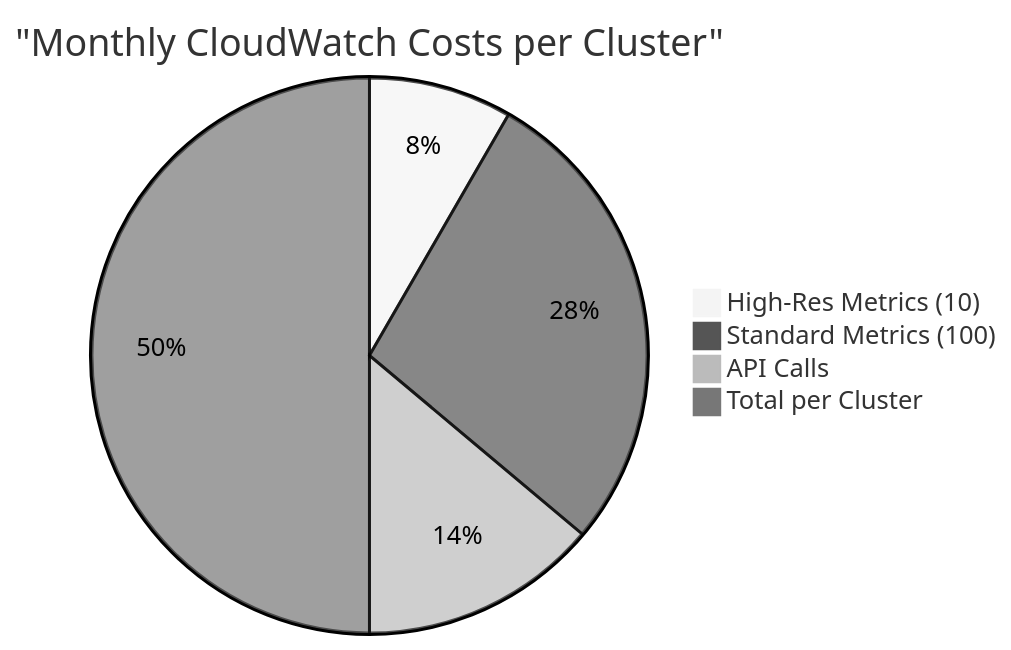
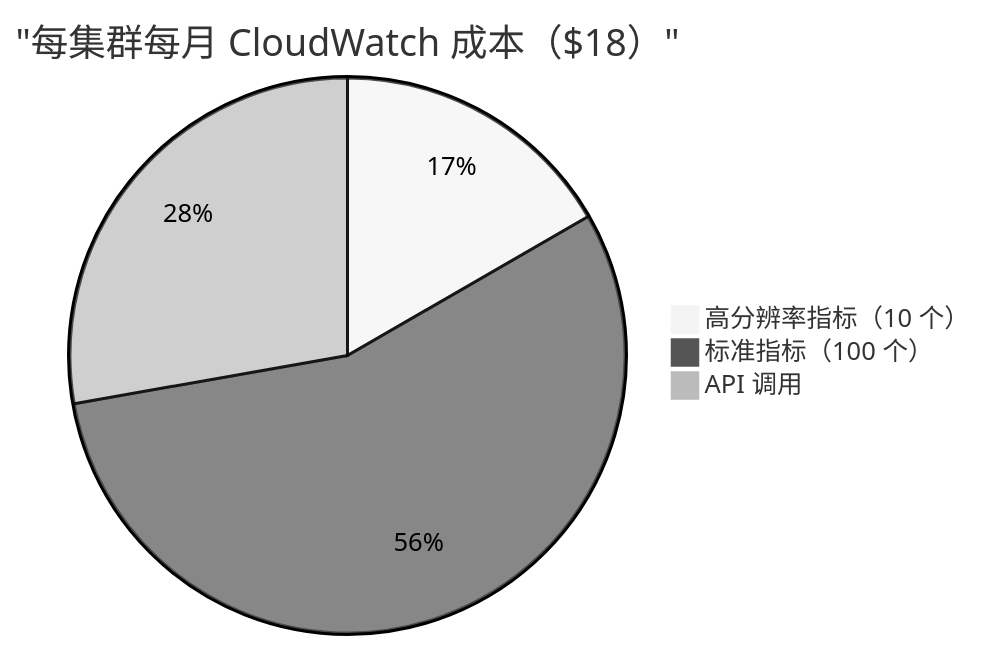
Before and after one commit to devfloor9/engineering-playbook: the eighth of 18 diagrams in i18n/zh/docusaurus-plugin-content-docs/current/infrastructure-optimization/karpenter-autoscaling.md, drawn with Mermaid (neutral theme). The commit also changed other lines of this file and 43 other files, not shown here.

````diff
--- a/i18n/zh/docusaurus-plugin-content-docs/current/infrastructure-optimization/karpenter-autoscaling.md
+++ b/i18n/zh/docusaurus-plugin-content-docs/current/infrastructure-optimization/karpenter-autoscaling.md
@@ -248,8 +492,7 @@
 ```mermaid
-pie title "Monthly CloudWatch Costs per Cluster"
-    "High-Res Metrics (10)" : 3
-    "Standard Metrics (100)" : 10
-    "API Calls" : 5
-    "Total per Cluster" : 18
+pie title "每集群每月 CloudWatch 成本（$18）"
+    "高分辨率指标（10 个）" : 3
+    "标准指标（100 个）" : 10
+    "API 调用" : 5
 
 ```
````
